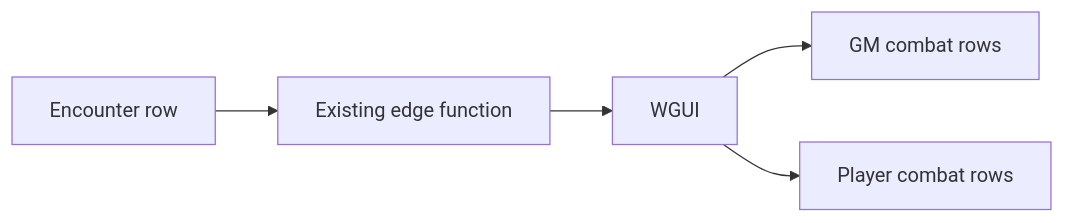
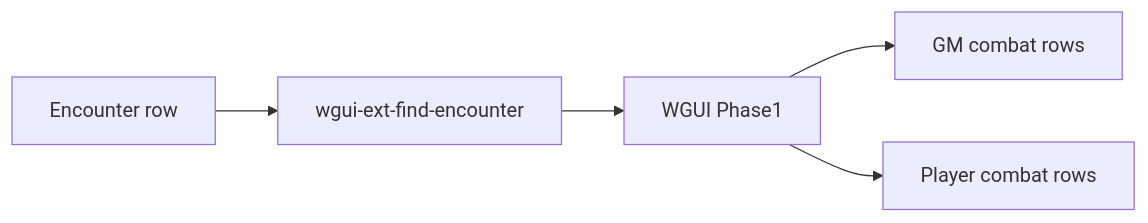
Before and after one commit to edmund-landgraf/WandersGuideUI: the diagram in docs/player-combat-view.md, drawn with Mermaid. The commit also changed other lines of this file and 5 other files, not shown here.

````diff
--- a/docs/player-combat-view.md
+++ b/docs/player-combat-view.md
@@ -22,11 +32,11 @@
 ```mermaid
 flowchart LR
   store[Encounter row]
-  edgeFn[Existing edge function]
-  wgui[WGUI]
+  edgeFn[wgui-ext-find-encounter]
+  wgui[WGUI Phase1]
   gm[GM combat rows]
   player[Player combat rows]
   store --> edgeFn --> wgui
   wgui --> gm
   wgui --> player
 ```
````
